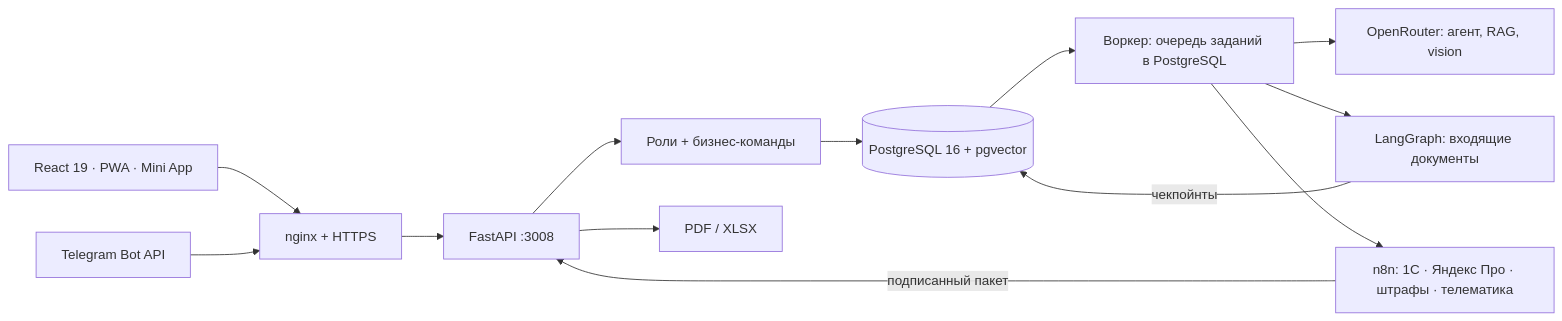
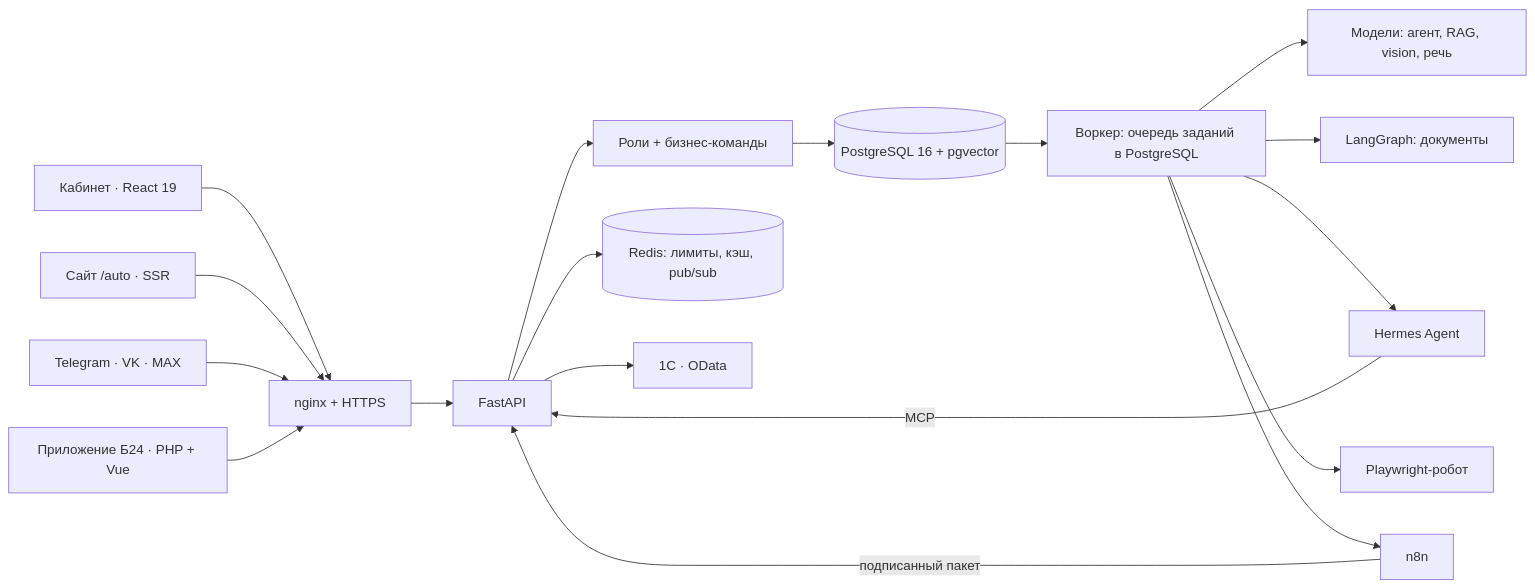
The diagram in README.md (ZonaNeona/fleet-ai-ops), drawn with Mermaid before and after one commit. The commit also changed other lines of this file and 7 other files, not shown here.

````diff
--- a/README.md
+++ b/README.md
@@ -64,15 +70,20 @@
 ```mermaid
 flowchart LR
-    Web[React 19 · PWA · Mini App] --> Nginx[nginx + HTTPS]
-    Telegram[Telegram Bot API] --> Nginx
-    Nginx --> API[FastAPI :3008]
+    Web[Кабинет · React 19] --> Nginx[nginx + HTTPS]
+    Site[Сайт /auto · SSR] --> Nginx
+    TG[Telegram · VK · MAX] --> Nginx
+    B24[Приложение Б24 · PHP + Vue] --> Nginx
+    Nginx --> API[FastAPI]
     API --> Commands[Роли + бизнес-команды]
     Commands --> DB[(PostgreSQL 16 + pgvector)]
+    API --> Redis[(Redis: лимиты, кэш, pub/sub)]
     DB --> Worker[Воркер: очередь заданий в PostgreSQL]
-    Worker --> AI[OpenRouter: агент, RAG, vision]
-    Worker --> Graph[LangGraph: входящие документы]
-    Graph -->|чекпойнты| DB
-    Worker --> N8N[n8n: 1С · Яндекс Про · штрафы · телематика]
+    Worker --> AI[Модели: агент, RAG, vision, речь]
+    Worker --> Graph[LangGraph: документы]
+    Worker --> Hermes[Hermes Agent]
+    Hermes -->|MCP| API
+    Worker --> Robot[Playwright-робот]
+    Worker --> N8N[n8n]
     N8N -->|подписанный пакет| API
-    API --> Documents[PDF / XLSX]
+    API --> OneC[1С · OData]
 ```
````
